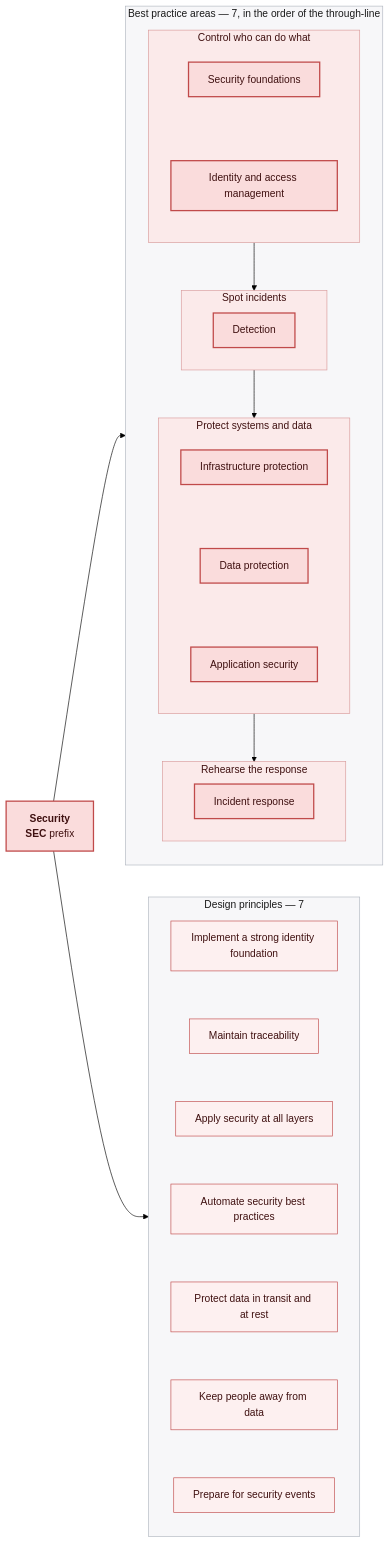
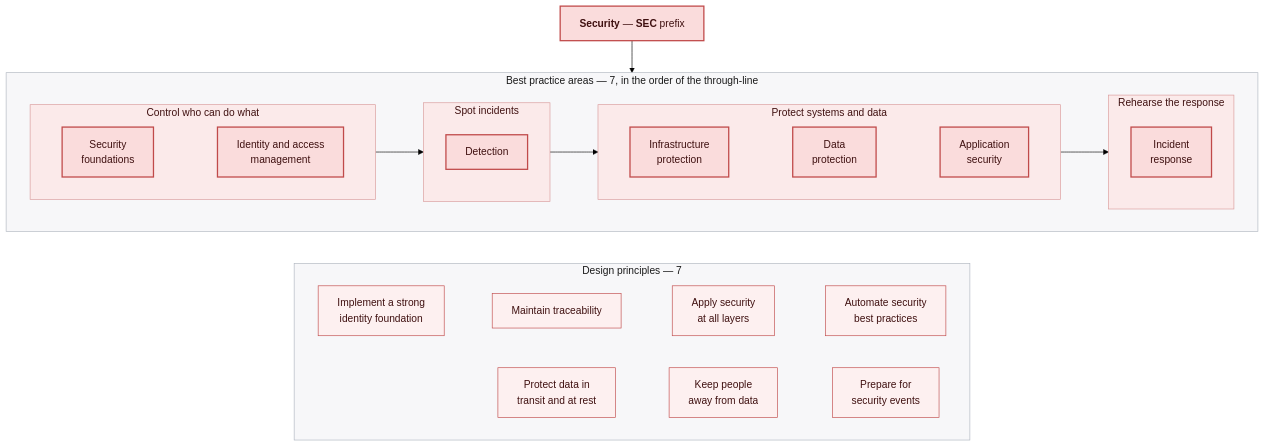
The sixth of 10 diagrams in well-architected/diagrams.md (toddcooke/learn), drawn with Mermaid (forest theme) before and after one commit. The commit also changed other lines of this file, not shown here.

First line of the commit message:
fix: lay out the diagrams to fit a 13.3in screen

````diff
--- a/well-architected/diagrams.md
+++ b/well-architected/diagrams.md
@@ -303,52 +298,41 @@
 ```mermaid
-flowchart LR
-    SEC["<b>Security</b><br/><b>SEC</b> prefix"]
+flowchart TB
+    SEC["<b>Security</b> — <b>SEC</b> prefix"]
 
     subgraph BPA["Best practice areas — 7, in the order of the through-line"]
-        direction TB
+        direction LR
         subgraph G1["Control who can do what"]
-            direction TB
-            A1["Security foundations"]
-            A2["Identity and access management"]
-            A1 ~~~ A2
+            direction LR
+            A1["Security<br/>foundations"] ~~~ A2["Identity and access<br/>management"]
         end
         subgraph G2["Spot incidents"]
             A3["Detection"]
         end
         subgraph G3["Protect systems and data"]
-            direction TB
-            A4["Infrastructure protection"]
-            A5["Data protection"]
-            A7["Application security"]
-            A4 ~~~ A5 ~~~ A7
+            direction LR
+            A4["Infrastructure<br/>protection"] ~~~ A5["Data<br/>protection"] ~~~ A7["Application<br/>security"]
         end
         subgraph G4["Rehearse the response"]
-            A6["Incident response"]
+            A6["Incident<br/>response"]
         end
         G1 --> G2 --> G3 --> G4
     end
 
     subgraph DP["Design principles — 7"]
-        direction TB
-        P1["Implement a strong identity foundation"]
-        P2["Maintain traceability"]
-        P3["Apply security at all layers"]
-        P4["Automate security best practices"]
-        P5["Protect data in transit and at rest"]
-        P6["Keep people away from data"]
-        P7["Prepare for security events"]
-        P1 ~~~ P2 ~~~ P3 ~~~ P4 ~~~ P5 ~~~ P6 ~~~ P7
+        direction LR
+        P1["Implement a strong<br/>identity foundation"] ~~~ P2["Maintain traceability"] ~~~ P3["Apply security<br/>at all layers"] ~~~ P4["Automate security<br/>best practices"]
+        P5["Protect data in<br/>transit and at rest"] ~~~ P6["Keep people<br/>away from data"] ~~~ P7["Prepare for<br/>security events"]
     end
 
     SEC --> BPA
-    SEC --> DP
+    BPA ~~~ DP
 
     classDef sec fill:#fadcdc,stroke:#c04a4a,stroke-width:2px,color:#3f1010
     classDef seclight fill:#fdf0f0,stroke:#c04a4a,stroke-width:1px,color:#3f1010
     classDef sub fill:#f7f7f9,stroke:#b0b6c0,stroke-width:1px,color:#1a1a1a
     classDef grp fill:#fbeaea,stroke:#d99a9a,stroke-width:1px,color:#3f1010
     class SEC,A1,A2,A3,A4,A5,A6,A7 sec
     class P1,P2,P3,P4,P5,P6,P7 seclight
     class BPA,DP sub
     class G1,G2,G3,G4 grp
 ```
````
